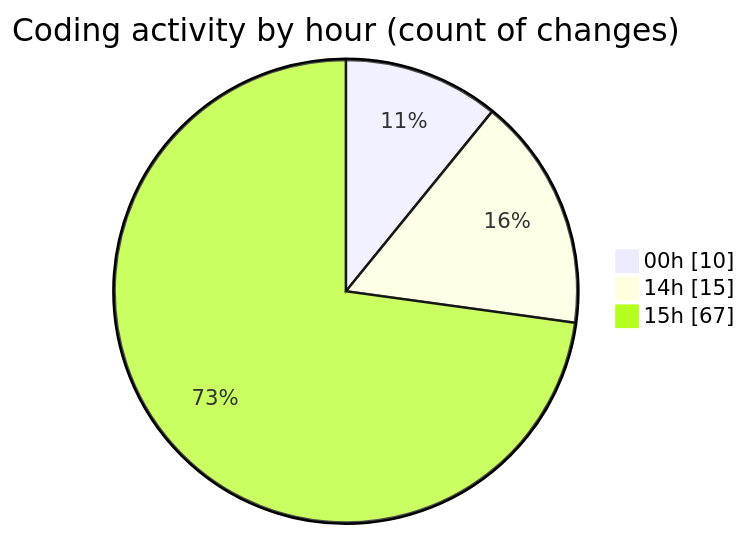
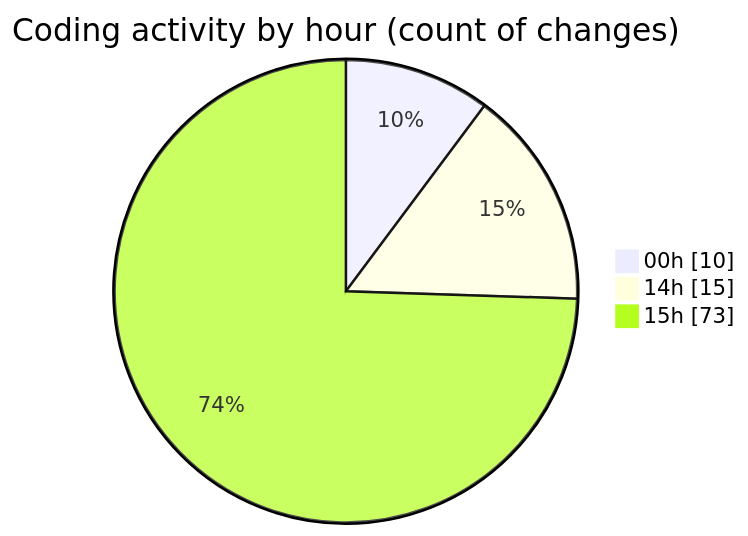
One commit to Netris89/code-tracking changed the second of 2 diagrams in 2025-04-07/echo/README.md. Above: the diagram before and after it, drawn with Mermaid. The commit also changed other lines of this file and 1 other file, not shown here.

````diff
--- a/2025-04-07/echo/README.md
+++ b/2025-04-07/echo/README.md
@@ -39,7 +40,7 @@
 ```mermaid
 pie showData
 title Coding activity by hour (count of changes)
 "00h" : 10
 "14h" : 15
-"15h" : 67
+"15h" : 73
 ```
````
